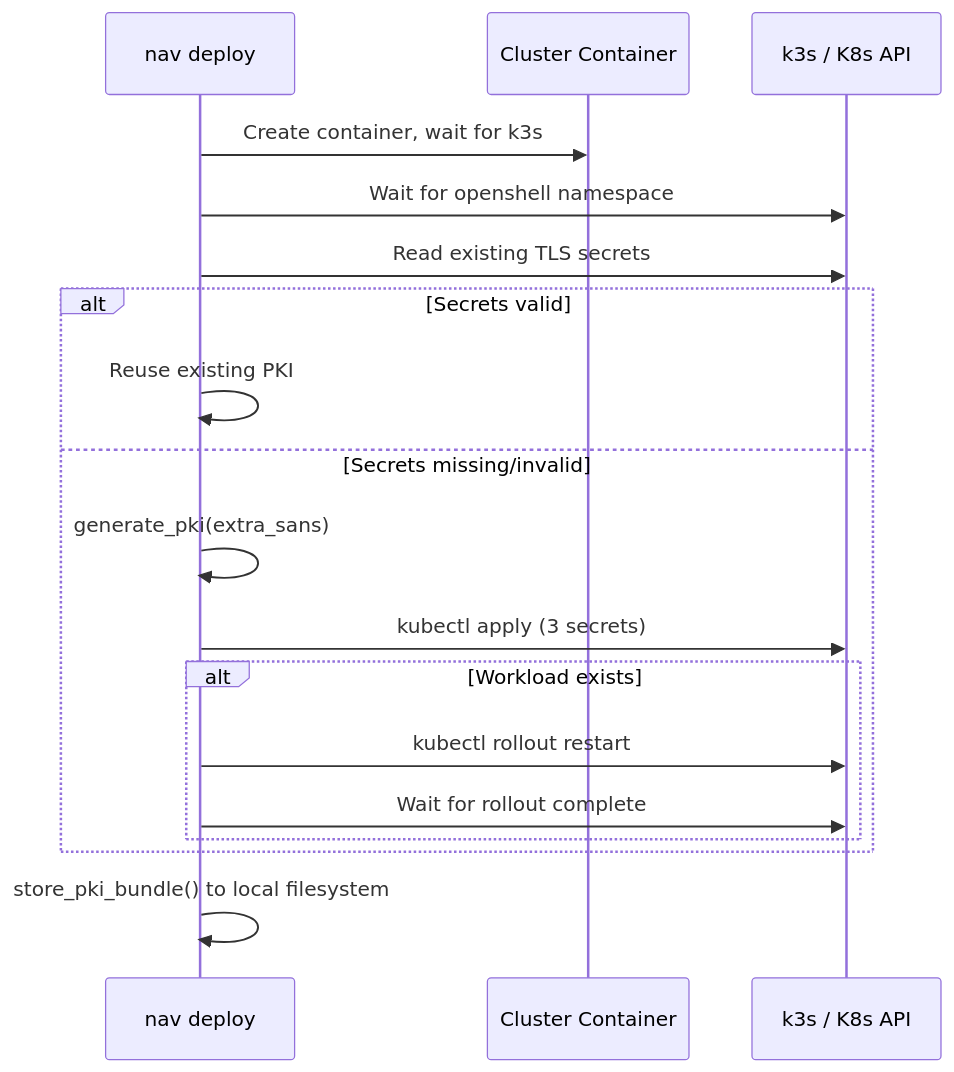
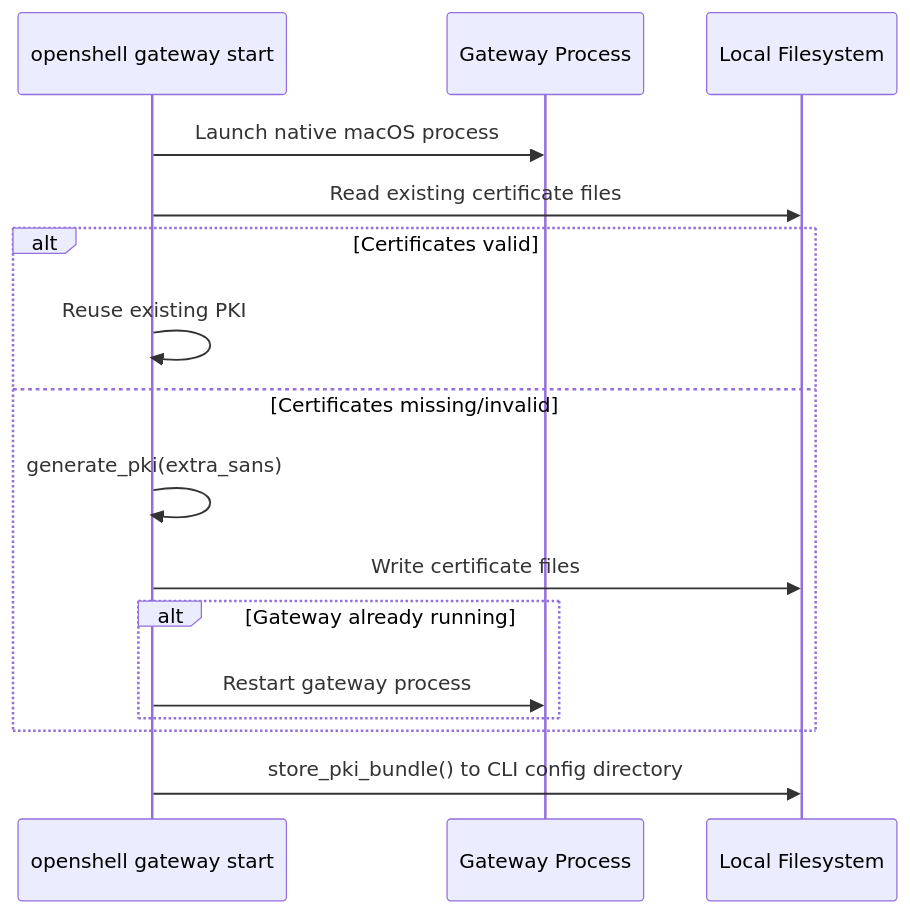
The second of 3 diagrams in architecture/gateway-security.md (persimmon16/OpenShell), drawn with Mermaid before and after one commit. The commit also changed other lines of this file and 98 other files, not shown here.

First line of the commit message:
refactor: remove Docker/k3s/Kubernetes, macOS-only with Apple Container

````diff
--- a/architecture/gateway-security.md
+++ b/architecture/gateway-security.md
@@ -154,21 +140,19 @@
 ```mermaid
 sequenceDiagram
-    participant CLI as nav deploy
-    participant Docker as Cluster Container
-    participant K8s as k3s / K8s API
+    participant CLI as openshell gateway start
+    participant GW as Gateway Process
+    participant FS as Local Filesystem
 
-    CLI->>Docker: Create container, wait for k3s
-    CLI->>K8s: Wait for openshell namespace
-    CLI->>K8s: Read existing TLS secrets
-    alt Secrets valid
+    CLI->>GW: Launch native macOS process
+    CLI->>FS: Read existing certificate files
+    alt Certificates valid
         CLI->>CLI: Reuse existing PKI
-    else Secrets missing/invalid
+    else Certificates missing/invalid
         CLI->>CLI: generate_pki(extra_sans)
-        CLI->>K8s: kubectl apply (3 secrets)
-        alt Workload exists
-            CLI->>K8s: kubectl rollout restart
-            CLI->>K8s: Wait for rollout complete
+        CLI->>FS: Write certificate files
+        alt Gateway already running
+            CLI->>GW: Restart gateway process
         end
     end
-    CLI->>CLI: store_pki_bundle() to local filesystem
+    CLI->>FS: store_pki_bundle() to CLI config directory
 ```
````
